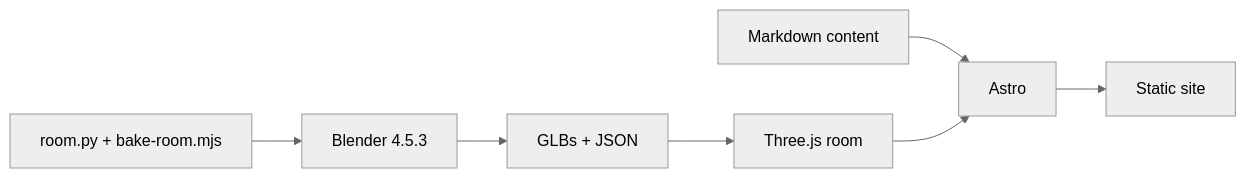
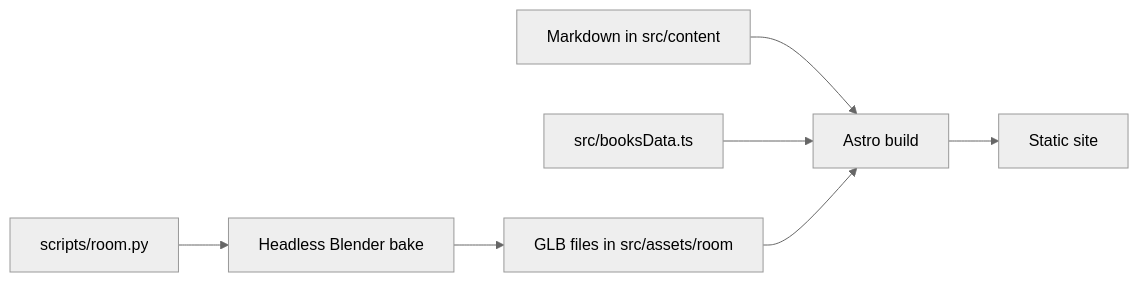
The diagram in README.md (enitrat/blog), drawn with Mermaid (neutral theme) before and after one commit. The commit also changed other lines of this file and 16 other files, not shown here.

````diff
--- a/README.md
+++ b/README.md
@@ -5,9 +8,9 @@
 ```mermaid
 flowchart LR
-	C["Markdown content"] --> A["Astro"]
-	R["room.py + bake-room.mjs"] --> B["Blender 4.5.3"]
-	B --> G["GLBs + JSON"]
-	G --> T["Three.js room"]
-	T --> A
+	M["Markdown in src/content"] --> A["Astro build"]
+	B["src/booksData.ts"] --> A
+	P["scripts/room.py"] --> K["Headless Blender bake"]
+	K --> G["GLB files in src/assets/room"]
+	G --> A
 	A --> S["Static site"]
 ```
````
